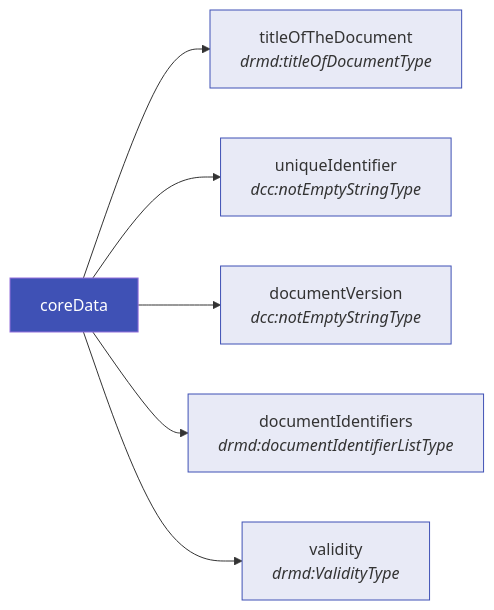
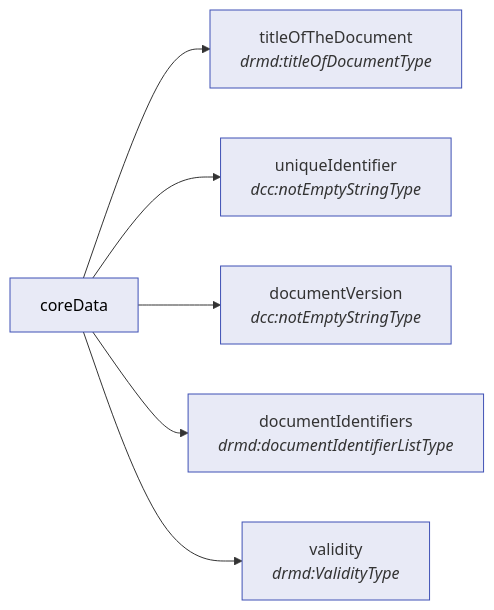
The second of 6 diagrams in docs/administrative_data.md (punitharumilli/DRMD_Schema), drawn with Mermaid before and after one commit. The commit also changed other lines of this file and 6 other files, not shown here.

````diff
--- a/docs/administrative_data.md
+++ b/docs/administrative_data.md
@@ -62,15 +60,15 @@
 ```mermaid
 graph LR
     CD["coreData"] --> TOD["titleOfTheDocument<br/><i>drmd:titleOfDocumentType</i>"]
     CD --> UID["uniqueIdentifier<br/><i>dcc:notEmptyStringType</i>"]
     CD --> DV["documentVersion<br/><i>dcc:notEmptyStringType</i>"]
     CD --> DI["documentIdentifiers<br/><i>drmd:documentIdentifierListType</i>"]
     CD --> VAL["validity<br/><i>drmd:ValidityType</i>"]
 
-    style CD fill:#3f51b5,color:#fff
+    style CD fill:#e8eaf6,color:#000,stroke:#3f51b5
     style TOD fill:#e8eaf6,stroke:#3f51b5
     style UID fill:#e8eaf6,stroke:#3f51b5
     style DV fill:#e8eaf6,stroke:#3f51b5
     style DI fill:#e8eaf6,stroke:#3f51b5
     style VAL fill:#e8eaf6,stroke:#3f51b5
 ```
````
